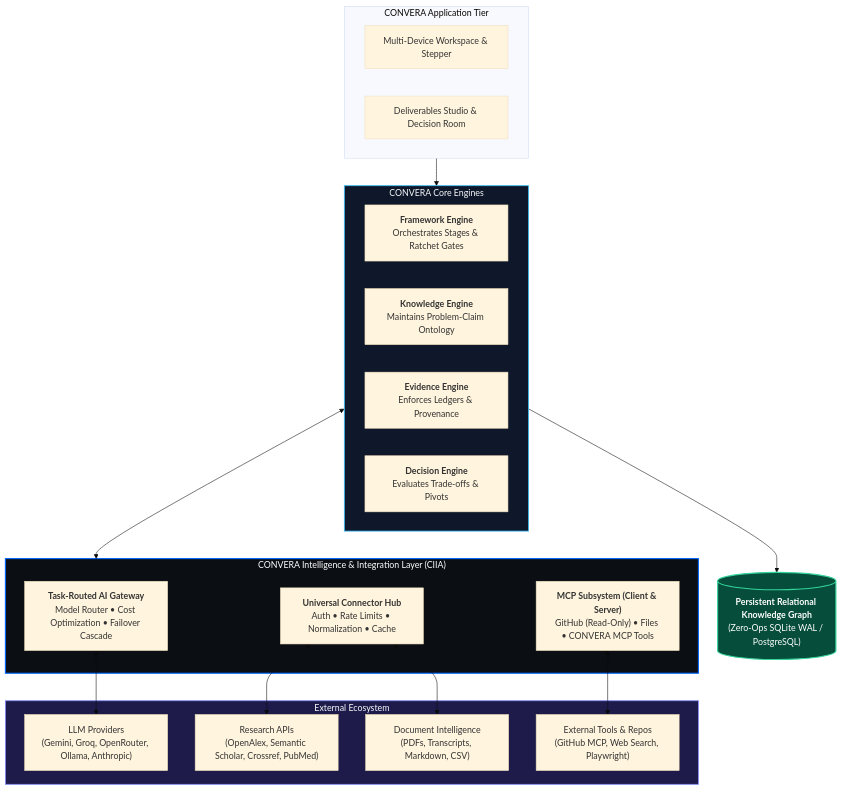
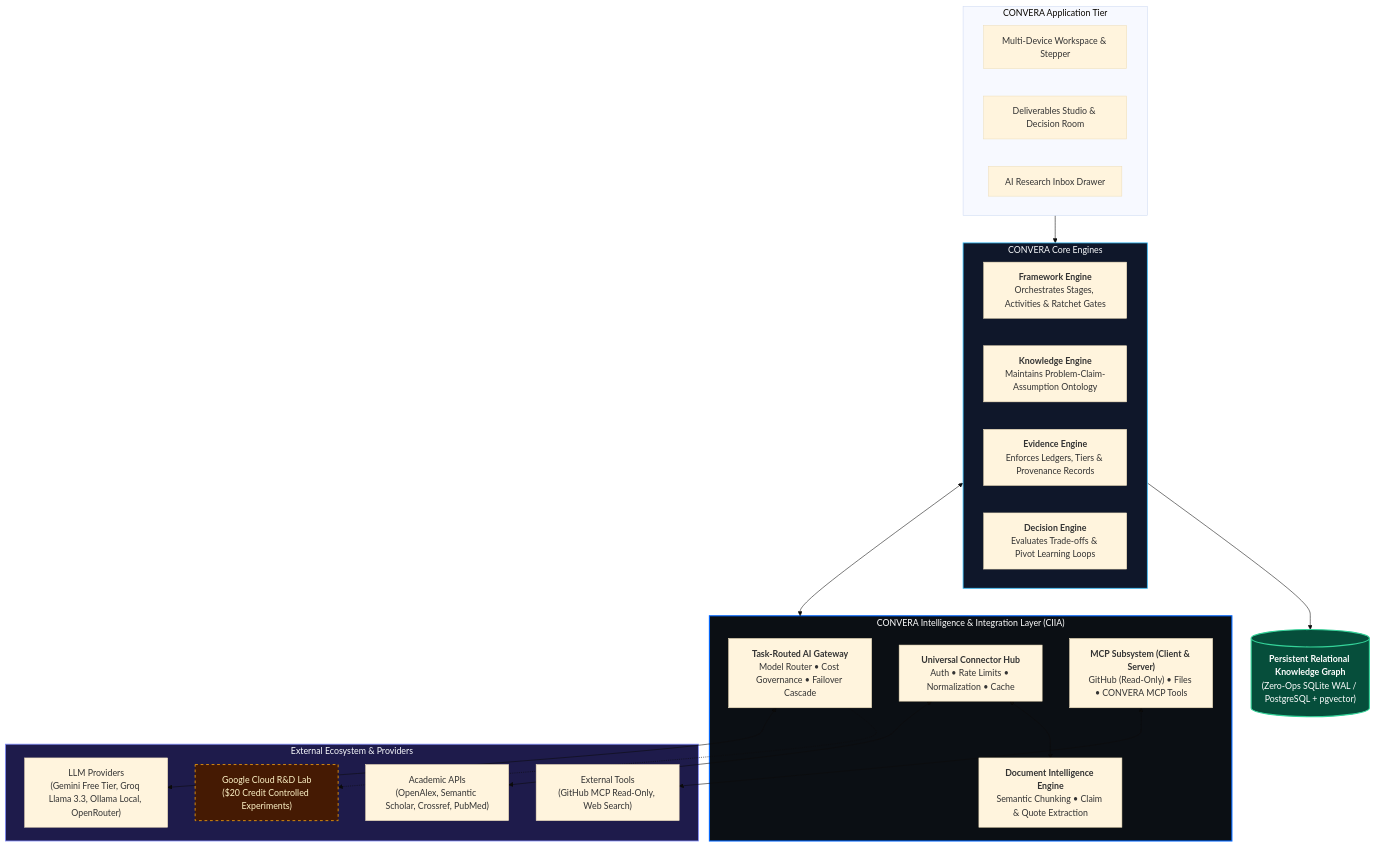
The first of 7 diagrams in docs/CONVERA_INTELLIGENCE_INTEGRATION_ARCHITECTURE.md (markalvincadangin/CONVERA), drawn with Mermaid (base theme) before and after one commit. The commit also changed other lines of this file, not shown here.

First line of the commit message:
docs(ciia): integrate free-first core and Google Cloud experimental acceleration governance ( credits)

````diff
--- a/docs/CONVERA_INTELLIGENCE_INTEGRATION_ARCHITECTURE.md
+++ b/docs/CONVERA_INTELLIGENCE_INTEGRATION_ARCHITECTURE.md
@@ -29,42 +39,46 @@
 ```mermaid
 graph TD
     subgraph ClientTier["CONVERA Application Tier"]
         UI["Multi-Device Workspace & Stepper"]
         ST["Deliverables Studio & Decision Room"]
+        INBOX_UI["AI Research Inbox Drawer"]
     end
 
     subgraph CoreTier["CONVERA Core Engines"]
-        FE["<b>Framework Engine</b><br/>Orchestrates Stages & Ratchet Gates"]
-        KE["<b>Knowledge Engine</b><br/>Maintains Problem-Claim Ontology"]
-        EE["<b>Evidence Engine</b><br/>Enforces Ledgers & Provenance"]
-        DE["<b>Decision Engine</b><br/>Evaluates Trade-offs & Pivots"]
+        FE["<b>Framework Engine</b><br/>Orchestrates Stages, Activities & Ratchet Gates"]
+        KE["<b>Knowledge Engine</b><br/>Maintains Problem-Claim-Assumption Ontology"]
+        EE["<b>Evidence Engine</b><br/>Enforces Ledgers, Tiers & Provenance Records"]
+        DE["<b>Decision Engine</b><br/>Evaluates Trade-offs & Pivot Learning Loops"]
     end
 
     subgraph CIIALayer["CONVERA Intelligence & Integration Layer (CIIA)"]
-        GW["<b>Task-Routed AI Gateway</b><br/>Model Router • Cost Optimization • Failover Cascade"]
+        GW["<b>Task-Routed AI Gateway</b><br/>Model Router • Cost Governance • Failover Cascade"]
         HUB["<b>Universal Connector Hub</b><br/>Auth • Rate Limits • Normalization • Cache"]
+        DOC["<b>Document Intelligence Engine</b><br/>Semantic Chunking • Claim & Quote Extraction"]
         MCP_SUB["<b>MCP Subsystem (Client & Server)</b><br/>GitHub (Read-Only) • Files • CONVERA MCP Tools"]
     end
 
-    subgraph ExternalEcosystem["External Ecosystem"]
-        LLMS["LLM Providers<br/>(Gemini, Groq, OpenRouter, Ollama, Anthropic)"]
-        RES["Research APIs<br/>(OpenAlex, Semantic Scholar, Crossref, PubMed)"]
-        DOCS["Document Intelligence<br/>(PDFs, Transcripts, Markdown, CSV)"]
-        TOOLS["External Tools & Repos<br/>(GitHub MCP, Web Search, Playwright)"]
+    subgraph ExternalEcosystem["External Ecosystem & Providers"]
+        LLMS["LLM Providers<br/>(Gemini Free Tier, Groq Llama 3.3, Ollama Local, OpenRouter)"]
+        RES["Academic APIs<br/>(OpenAlex, Semantic Scholar, Crossref, PubMed)"]
+        TOOLS["External Tools<br/>(GitHub MCP Read-Only, Web Search)"]
+        CLOUD_EXP["Google Cloud R&D Lab<br/>($20 Credit Controlled Experiments)"]
     end
 
     ClientTier --> CoreTier
     CoreTier <--> CIIALayer
     
     GW <--> LLMS
     HUB <--> RES
-    HUB <--> DOCS
+    HUB <--> DOC
     MCP_SUB <--> TOOLS
+    GW -.-> CLOUD_EXP
     
-    CoreTier --> KG[("<b>Persistent Relational Knowledge Graph</b><br/>(Zero-Ops SQLite WAL / PostgreSQL)")]
+    CoreTier --> KG[("<b>Persistent Relational Knowledge Graph</b><br/>(Zero-Ops SQLite WAL / PostgreSQL + pgvector)")]
 
     style CIIALayer fill:#0b0f14,stroke:#0066ff,stroke-width:2px,color:#ffffff
     style CoreTier fill:#0f172a,stroke:#38bdf8,stroke-width:1.5px,color:#f8fafc
     style ExternalEcosystem fill:#1e1b4b,stroke:#818cf8,stroke-width:1.5px,color:#f8fafc
     style KG fill:#064e3b,stroke:#34d399,stroke-width:2px,color:#ffffff
+    style CLOUD_EXP fill:#451a03,stroke:#f59e0b,stroke-width:1.5px,stroke-dasharray: 5 5,color:#fef3c7
 ```
````
